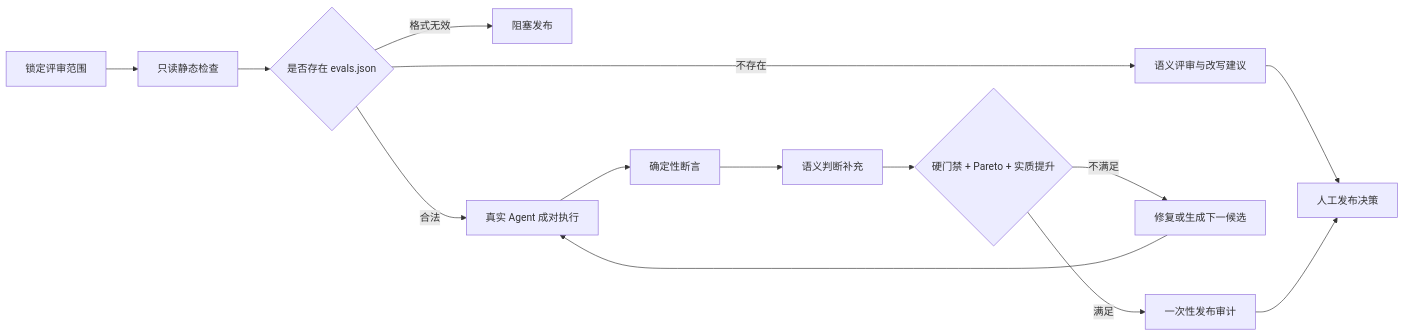
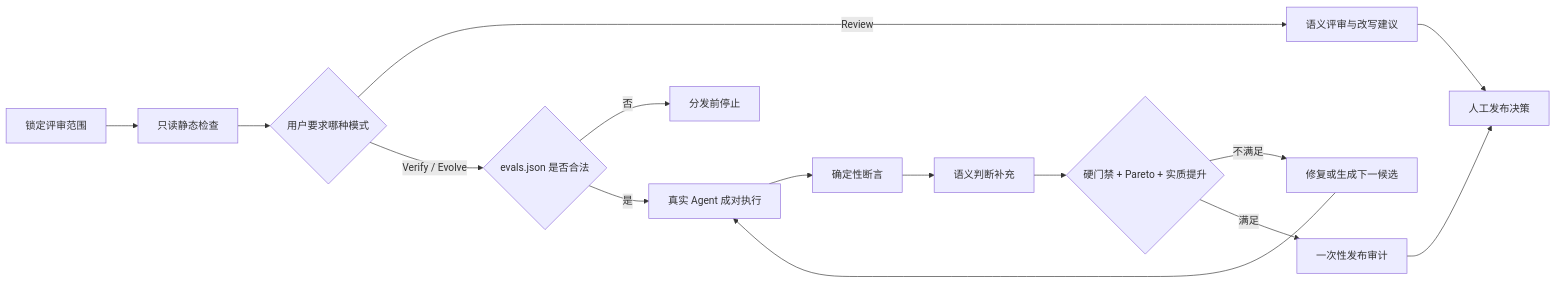
Before and after one commit to Nirvana-Jie/skill-reviewer: the first of 2 diagrams in README.zh-CN.md, drawn with Mermaid. The commit also changed other lines of this file and 16 other files, not shown here.

````diff
--- a/README.zh-CN.md
+++ b/README.zh-CN.md
@@ -47,16 +53,17 @@
 ```mermaid
 flowchart LR
     A["锁定评审范围"] --> B["只读静态检查"]
-    B --> C{"是否存在 evals.json"}
-    C -- "不存在" --> D["语义评审与改写建议"]
-    C -- "格式无效" --> E["阻塞发布"]
-    C -- "合法" --> F["真实 Agent 成对执行"]
+    B --> C{"用户要求哪种模式"}
+    C -- "Review" --> D["语义评审与改写建议"]
+    C -- "Verify / Evolve" --> E{"evals.json 是否合法"}
+    E -- "否" --> H["分发前停止"]
+    E -- "是" --> F["真实 Agent 成对执行"]
     F --> G["确定性断言"]
-    G --> H["语义判断补充"]
-    H --> I{"硬门禁 + Pareto + 实质提升"}
+    G --> M["语义判断补充"]
+    M --> I{"硬门禁 + Pareto + 实质提升"}
     I -- "不满足" --> J["修复或生成下一候选"]
     J --> F
     I -- "满足" --> K["一次性发布审计"]
     D --> L["人工发布决策"]
     K --> L
 ```
````
